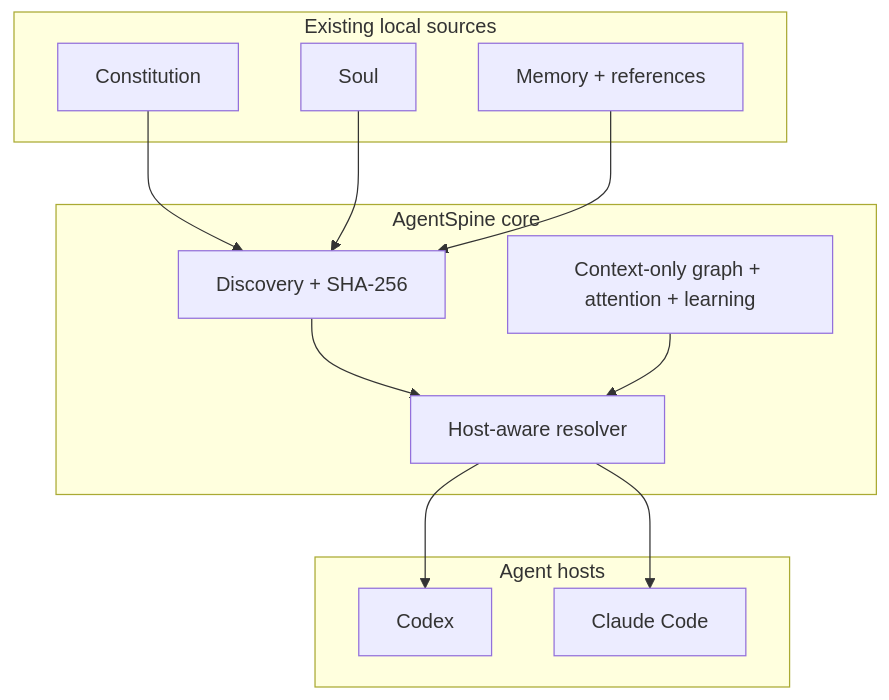
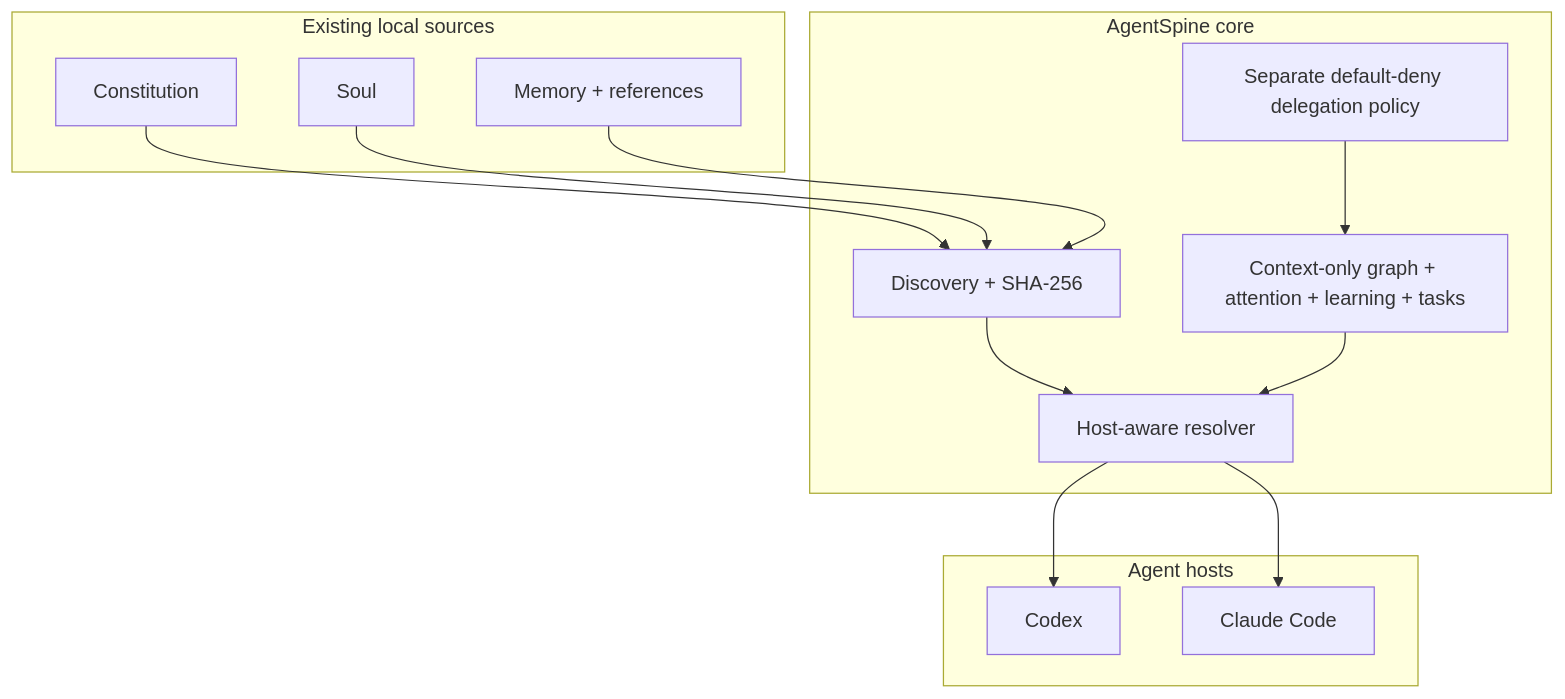
One commit to Maykbiletti/AgentSpine changed the first of 3 diagrams in docs/architecture.md. Above: the diagram before and after it, drawn with Mermaid. The commit also changed other lines of this file and 20 other files, not shown here.

Commit message:
feat: add default-deny agent coordination

````diff
--- a/docs/architecture.md
+++ b/docs/architecture.md
@@ -7,24 +7,26 @@
 ```mermaid
 flowchart TB
     subgraph Sources["Existing local sources"]
       C["Constitution"]
       S["Soul"]
       M["Memory + references"]
     end
     subgraph Core["AgentSpine core"]
       D["Discovery + SHA-256"]
       R["Host-aware resolver"]
-      G["Context-only graph + attention + learning"]
+      G["Context-only graph + attention + learning + tasks"]
+      P["Separate default-deny delegation policy"]
     end
     subgraph Hosts["Agent hosts"]
       X["Codex"]
       L["Claude Code"]
     end
     C --> D
     S --> D
     M --> D
     D --> R
     G --> R
+    P --> G
     R --> X
     R --> L
 ```
````
